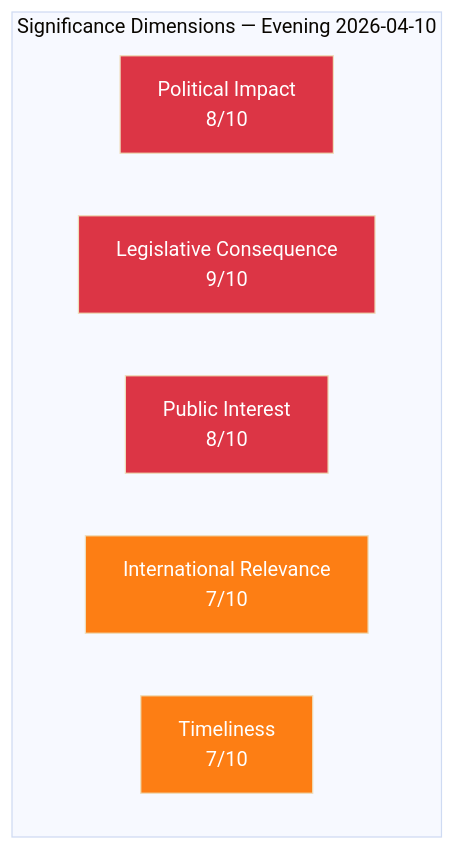
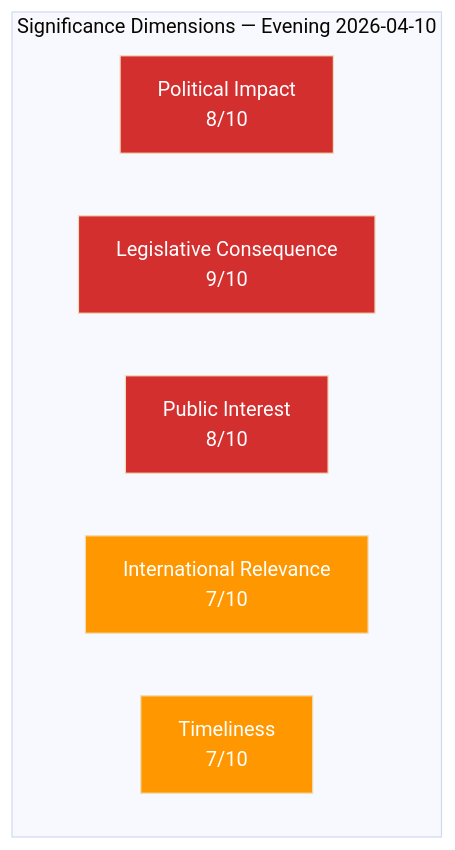
Before and after one commit to Hack23/riksdagsmonitor: the diagram in analysis/daily/2026-04-10/evening-analysis/significance-scoring.md, drawn with Mermaid (base theme). The commit also changed 785 other files, not shown here.

First line of the commit message:
Normalize mermaid colors across 786 analysis artifacts to ISMS Style Guide palette

````diff
--- a/analysis/daily/2026-04-10/evening-analysis/significance-scoring.md
+++ b/analysis/daily/2026-04-10/evening-analysis/significance-scoring.md
@@ -16,17 +16,17 @@
 ```mermaid
 graph TD
     subgraph "Significance Dimensions — Evening 2026-04-10"
         direction LR
         POL["Political Impact<br/>8/10"]
         LEG["Legislative Consequence<br/>9/10"]
         PUB["Public Interest<br/>8/10"]
         INT["International Relevance<br/>7/10"]
         TIM["Timeliness<br/>7/10"]
     end
 
-    style POL fill:#dc3545,color:#fff
-    style LEG fill:#dc3545,color:#fff
-    style PUB fill:#dc3545,color:#fff
-    style INT fill:#fd7e14,color:#fff
-    style TIM fill:#fd7e14,color:#fff
+    style POL fill:#D32F2F,color:#FFFFFF
+    style LEG fill:#D32F2F,color:#FFFFFF
+    style PUB fill:#D32F2F,color:#FFFFFF
+    style INT fill:#FF9800,color:#FFFFFF
+    style TIM fill:#FF9800,color:#FFFFFF
 ```
````
